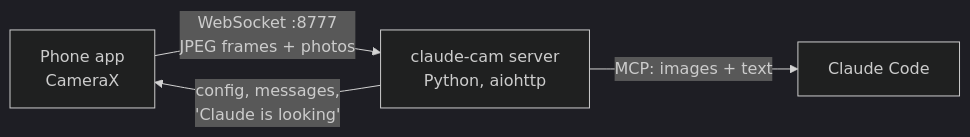
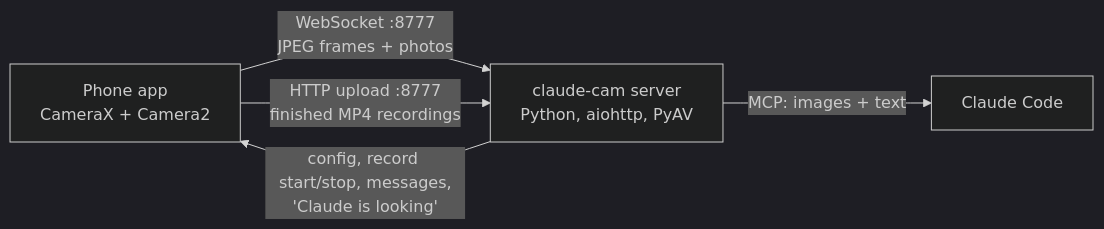
The diagram in docs/WRITEUP.md (ssjrocks/claude-cam), drawn with Mermaid (dark theme) before and after one commit. The commit also changed other lines of this file and 4 other files, not shown here.

````diff
--- a/docs/WRITEUP.md
+++ b/docs/WRITEUP.md
@@ -43,6 +44,7 @@
 ```mermaid
 flowchart LR
-    P["Phone app<br/>CameraX"] -- "WebSocket :8777<br/>JPEG frames + photos" --> S["claude-cam server<br/>Python, aiohttp"]
+    P["Phone app<br/>CameraX + Camera2"] -- "WebSocket :8777<br/>JPEG frames + photos" --> S["claude-cam server<br/>Python, aiohttp, PyAV"]
+    P -- "HTTP upload :8777<br/>finished MP4 recordings" --> S
     S -- "MCP: images + text" --> C["Claude Code"]
-    S -- "config, messages,<br/>'Claude is looking'" --> P
+    S -- "config, record start/stop, messages,<br/>'Claude is looking'" --> P
 ```
````
